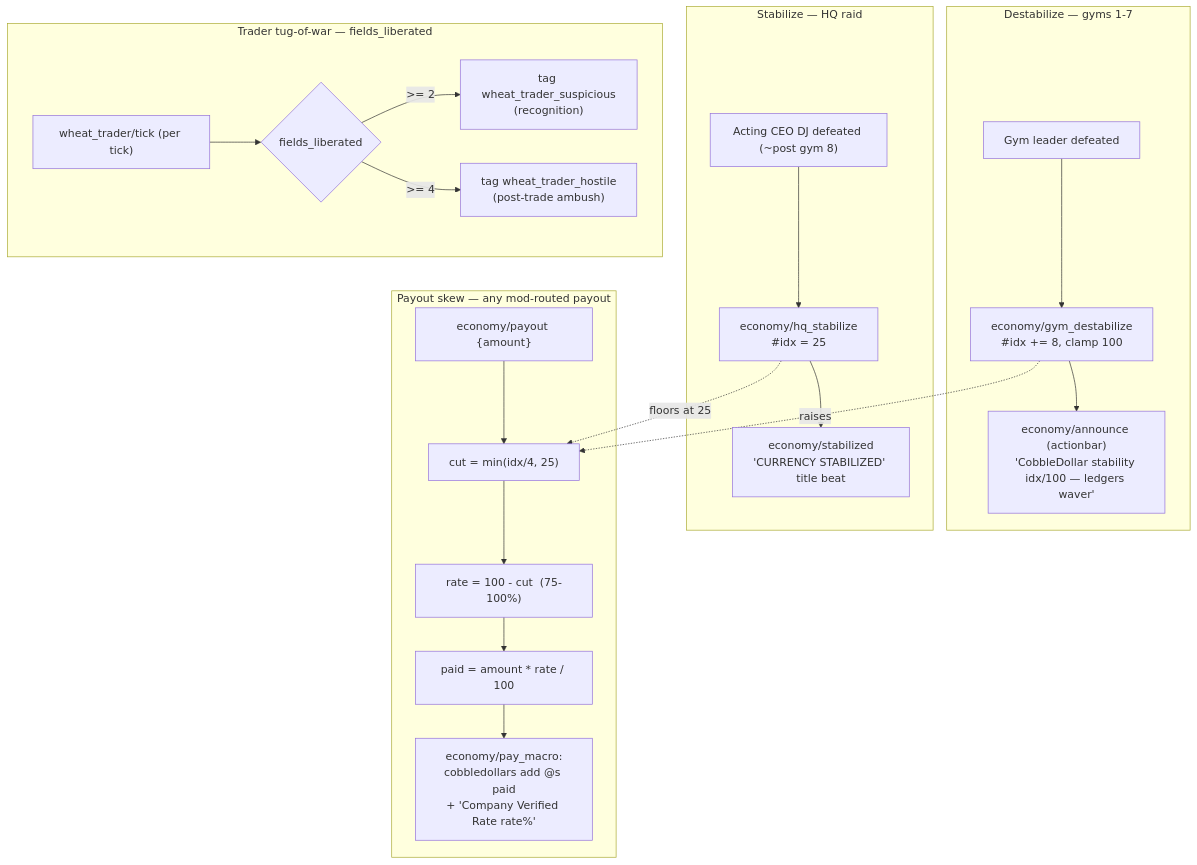
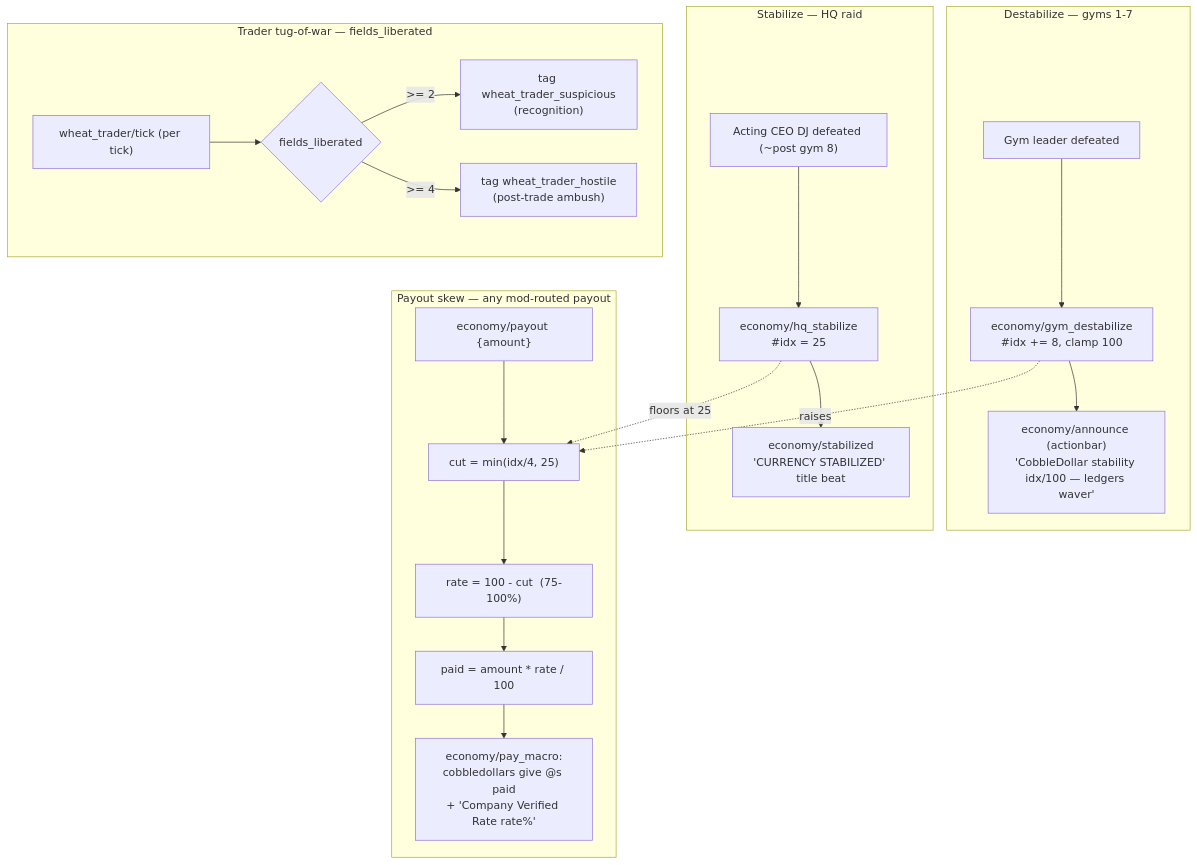
Before and after one commit to The-Company-Inc-Nerds/the-cobblemon-initiative: the sixth of 7 diagrams in wiki/Architecture-Data-Flows.md, drawn with Mermaid. The commit also changed other lines of this file and 342 other files, not shown here.

````diff
--- a/wiki/Architecture-Data-Flows.md
+++ b/wiki/Architecture-Data-Flows.md
@@ -170,24 +170,24 @@
 ```mermaid
 flowchart TD
   subgraph Rise["Destabilize — gyms 1-7"]
     G["Gym leader defeated"] --> GD["economy/gym_destabilize<br/>#idx += 8, clamp 100"]
     GD --> GA["economy/announce (actionbar)<br/>'CobbleDollar stability idx/100 — ledgers waver'"]
   end
   subgraph Stab["Stabilize — HQ raid"]
     DJ["Acting CEO DJ defeated (~post gym 8)"] --> HS["economy/hq_stabilize<br/>#idx = 25"]
     HS --> SA["economy/stabilized<br/>'CURRENCY STABILIZED' title beat"]
   end
   subgraph Pay["Payout skew — any mod-routed payout"]
     P0["economy/payout {amount}"] --> P1["cut = min(idx/4, 25)"]
     P1 --> P2["rate = 100 - cut  (75-100%)"]
     P2 --> P3["paid = amount * rate / 100"]
-    P3 --> P4["economy/pay_macro:<br/>cobbledollars add @s paid<br/>+ 'Company Verified Rate rate%'"]
+    P3 --> P4["economy/pay_macro:<br/>cobbledollars give @s paid<br/>+ 'Company Verified Rate rate%'"]
   end
   subgraph Trade["Trader tug-of-war — fields_liberated"]
     T0["wheat_trader/tick (per tick)"] --> T1{"fields_liberated"}
     T1 -- ">= 2" --> T2["tag wheat_trader_suspicious<br/>(recognition)"]
     T1 -- ">= 4" --> T3["tag wheat_trader_hostile<br/>(post-trade ambush)"]
   end
   GD -. raises .-> P1
   HS -. floors at 25 .-> P1
 ```
````
